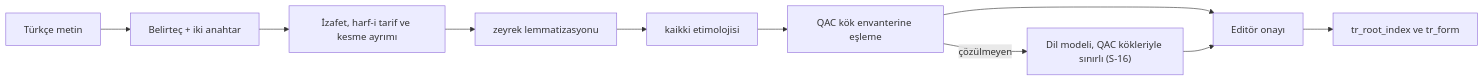
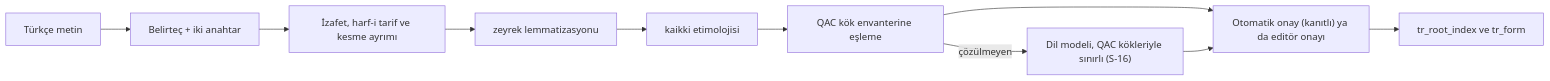
The diagram in docs/05-capraz-referans/03-kok-ve-lemma.md (karasaid379-hue/mutalaa), drawn with Mermaid before and after one commit. The commit also changed other lines of this file and 14 other files, not shown here.

````diff
--- a/docs/05-capraz-referans/03-kok-ve-lemma.md
+++ b/docs/05-capraz-referans/03-kok-ve-lemma.md
@@ -63,12 +63,12 @@
 ```mermaid
 flowchart LR
   T["Türkçe metin"] --> N["Belirteç + iki anahtar"]
   N --> S["İzafet, harf-i tarif ve kesme ayrımı"]
   S --> Z["zeyrek lemmatizasyonu"]
   Z --> K["kaikki etimolojisi"]
   K --> Q["QAC kök envanterine eşleme"]
   Q -->|"çözülmeyen"| L["Dil modeli, QAC kökleriyle sınırlı (S-16)"]
-  Q --> H["Editör onayı"]
+  Q --> H["Otomatik onay (kanıtlı) ya da editör onayı"]
   L --> H
   H --> I["tr_root_index ve tr_form"]
 ```
````
